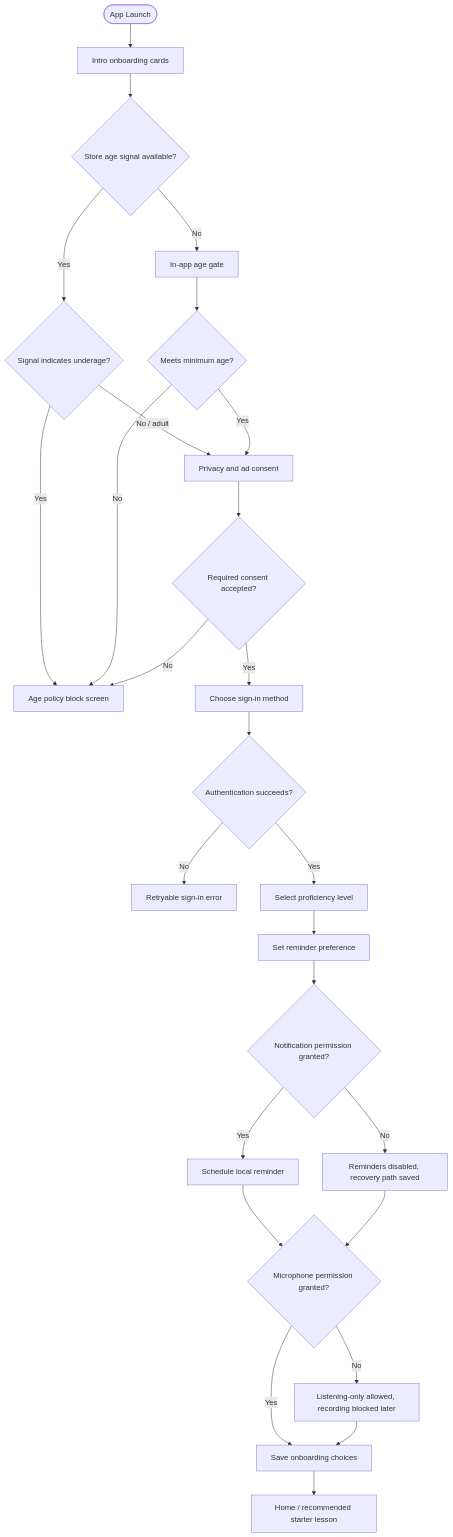
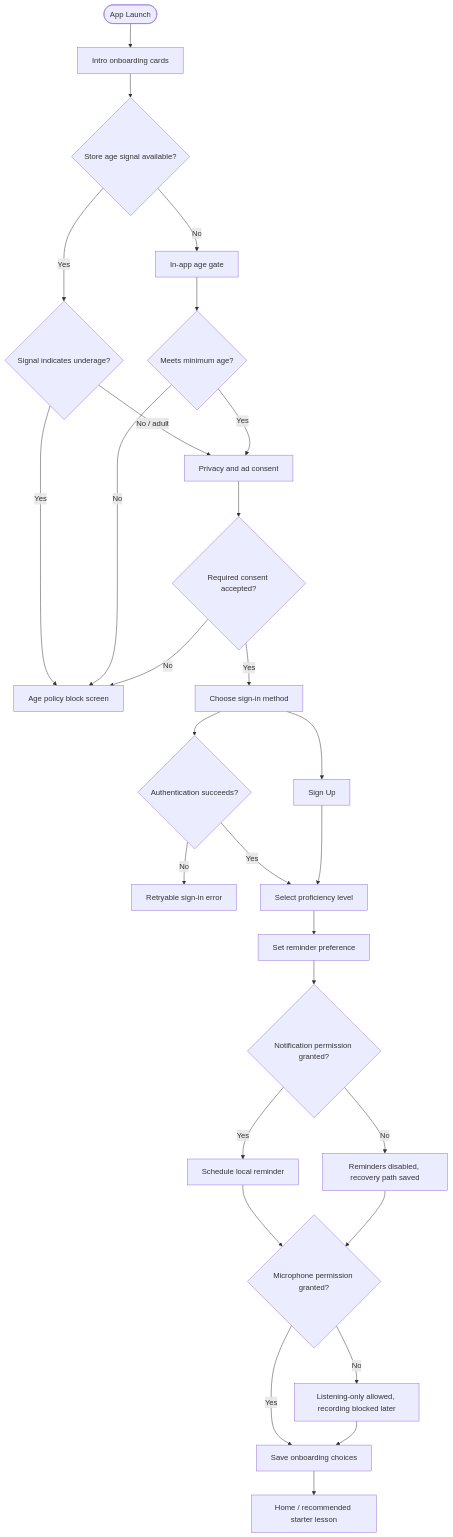
Before and after one commit to minhhieu1/ShadowSpeak: the second of 12 diagrams in specs/03-ux-ui-design/01-User-Flow-Diagram.md, drawn with Mermaid. The commit also changed other lines of this file and 44 other files, not shown here.

````diff
--- a/specs/03-ux-ui-design/01-User-Flow-Diagram.md
+++ b/specs/03-ux-ui-design/01-User-Flow-Diagram.md
@@ -82,28 +84,30 @@
 ```mermaid
 flowchart TD
     A([App Launch]) --> B[Intro onboarding cards]
     B --> C{Store age signal available?}
     C -->|Yes| D{Signal indicates underage?}
     C -->|No| G[In-app age gate]
     D -->|Yes| E[Age policy block screen]
     D -->|No / adult| F[Privacy and ad consent]
     G --> H{Meets minimum age?}
     H -->|No| E
     H -->|Yes| F
     F --> I{Required consent accepted?}
     I -->|No| E
     I -->|Yes| J[Choose sign-in method]
     J --> K{Authentication succeeds?}
     K -->|No| L[Retryable sign-in error]
     K -->|Yes| M[Select proficiency level]
+    J --> SignUp[Sign Up]
+    SignUp --> M[Select proficiency level]
     M --> N[Set reminder preference]
     N --> O{Notification permission granted?}
     O -->|No| P[Reminders disabled, recovery path saved]
     O -->|Yes| Q[Schedule local reminder]
     Q --> R{Microphone permission granted?}
     P --> R
     R -->|No| S[Listening-only allowed, recording blocked later]
     R -->|Yes| T[Save onboarding choices]
     S --> T
     T --> U[Home / recommended starter lesson]
 ```
````
